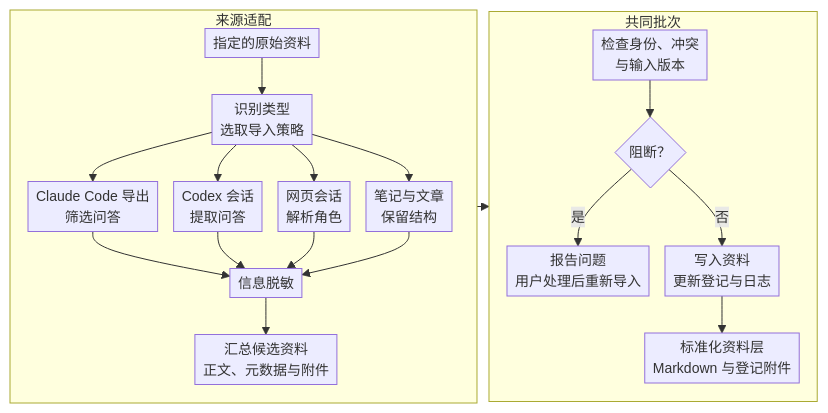
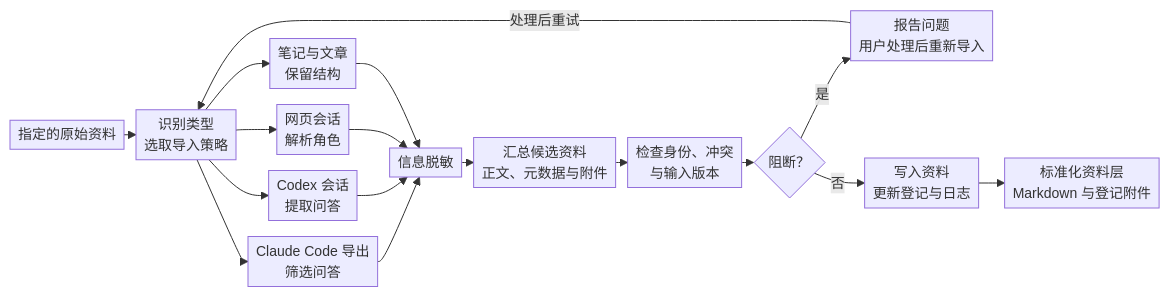
One commit to def-a-name/learn-corpus changed the second of 5 diagrams in docs/architecture.md. Above: the diagram before and after it, drawn with Mermaid.

Commit message:
docs: 调整来源导入流程图

````diff
--- a/docs/architecture.md
+++ b/docs/architecture.md
@@ -54,38 +54,33 @@
 ```mermaid
 ---
 config:
   look: classic
   layout: dagre
   themeVariables:
     fontSize: 14px
   flowchart:
     minNodeWidth: 0
     wrappingWidth: 180
     nodeSpacing: 16
     rankSpacing: 12
     diagramPadding: 4
     padding: 4
 ---
 flowchart LR
-    subgraph AD["来源适配"]
-        direction TB
-        R["指定的原始资料"] --> P["识别类型<br/>选取导入策略"]
-        P --> CL["Claude Code 导出<br/>筛选问答"]
-        P --> CX["Codex 会话<br/>提取问答"]
-        P --> WC["网页会话<br/>解析角色"]
-        P --> MD["笔记与文章<br/>保留结构"]
-        CL --> D["信息脱敏"]
-        CX --> D
-        WC --> D
-        MD --> D
-        D --> F["汇总候选资料<br/>正文、元数据与附件"]
-    end
-    subgraph BATCH["共同批次"]
-        direction TB
-        C["检查身份、冲突<br/>与输入版本"] --> Q{"阻断？"}
-        Q -->|是| U["报告问题<br/>用户处理后重新导入"]
-        Q -->|否| W["写入资料<br/>更新登记与日志"]
-        W --> N["标准化资料层<br/>Markdown 与登记附件"]
-    end
-    AD --> BATCH
+    R["指定的原始资料"] --> P["识别类型<br/>选取导入策略"]
+    P --> CL["Claude Code 导出<br/>筛选问答"]
+    P --> CX["Codex 会话<br/>提取问答"]
+    P --> WC["网页会话<br/>解析角色"]
+    P --> MD["笔记与文章<br/>保留结构"]
+    CL --> D["信息脱敏"]
+    CX --> D
+    WC --> D
+    MD --> D
+    D --> F["汇总候选资料<br/>正文、元数据与附件"]
+    F --> C["检查身份、冲突<br/>与输入版本"]
+    C --> Q{"阻断？"}
+    Q -->|是| U["报告问题<br/>用户处理后重新导入"]
+    U -->|处理后重试| P
+    Q -->|否| W["写入资料<br/>更新登记与日志"]
+    W --> N["标准化资料层<br/>Markdown 与登记附件"]
 ```
````
